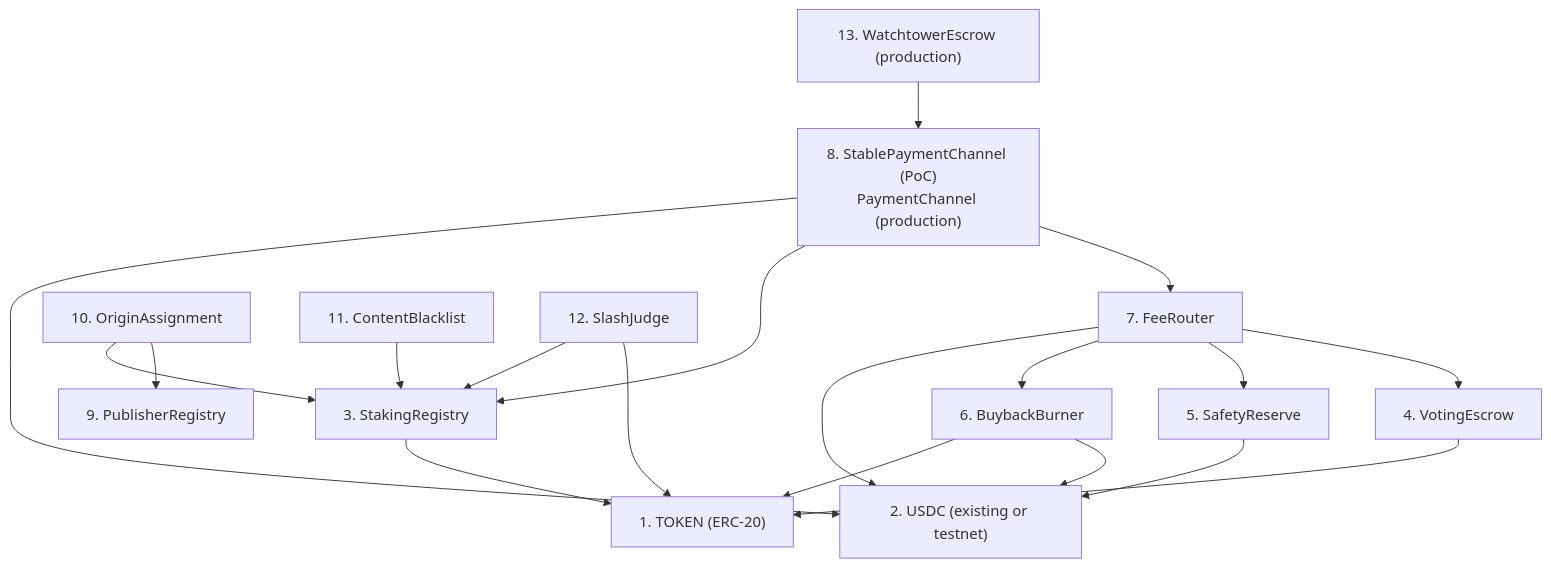
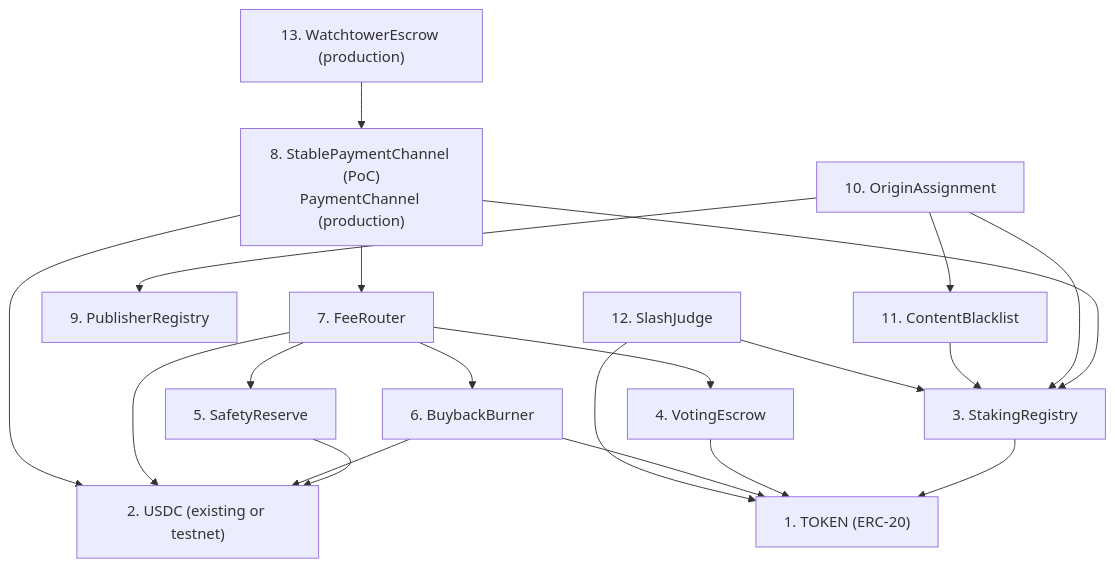
One commit to decdn/decdn changed the second of 5 diagrams in adr/016-contract-interactions.md. Above: the diagram before and after it, drawn with Mermaid. The commit also changed other lines of this file and 1 other file, not shown here.

````diff
--- a/adr/016-contract-interactions.md
+++ b/adr/016-contract-interactions.md
@@ -108,35 +108,36 @@
 ```mermaid
 graph TD
     TOKEN["1. TOKEN (ERC-20)"]
     USDC["2. USDC (existing or testnet)"]
     SR["3. StakingRegistry"]
     VE["4. VotingEscrow"]
     SAFE["5. SafetyReserve"]
     BB["6. BuybackBurner"]
     FR["7. FeeRouter"]
     SPC["8. StablePaymentChannel (PoC)<br/>PaymentChannel (production)"]
     PR["9. PublisherRegistry"]
     OA["10. OriginAssignment"]
     CB["11. ContentBlacklist"]
     SJ["12. SlashJudge"]
     WE["13. WatchtowerEscrow (production)"]
 
     SR --> TOKEN
     VE --> TOKEN
     SAFE --> USDC
     BB --> TOKEN
     BB --> USDC
     FR --> USDC
     FR --> BB
     FR --> SAFE
     FR --> VE
     SPC --> USDC
     SPC --> SR
     SPC --> FR
     OA --> SR
     OA --> PR
+    OA --> CB
     CB --> SR
     SJ --> SR
     SJ --> TOKEN
     WE --> SPC
 ```
````
